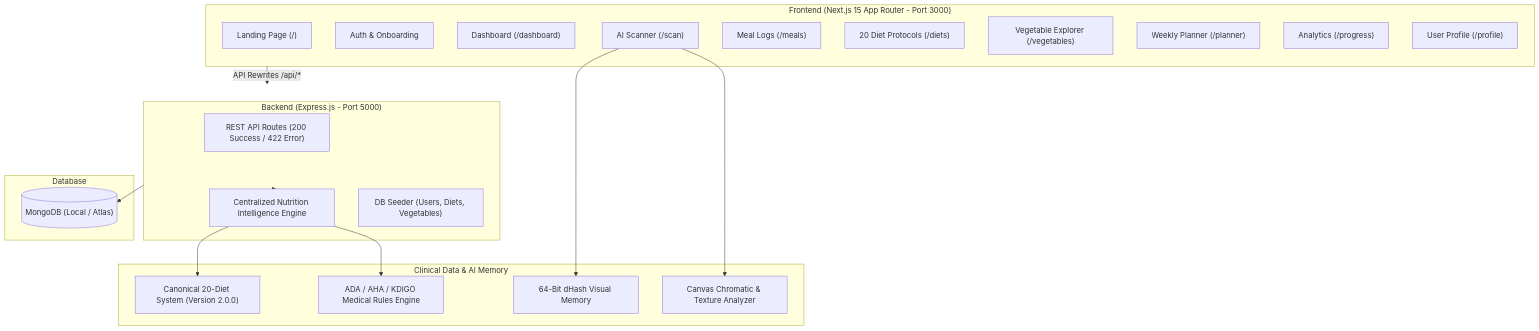
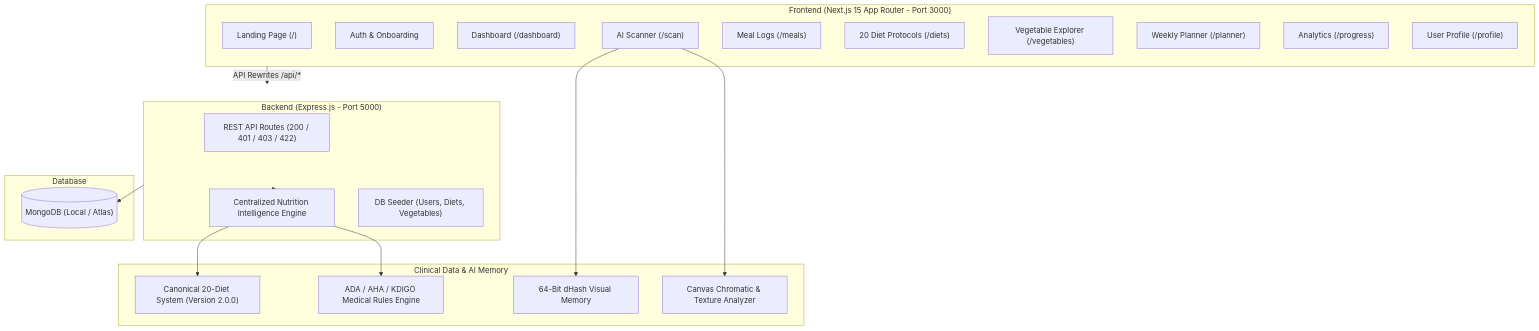
One commit to Nishat009/nutrilens changed the diagram in README.md. Above: the diagram before and after it, drawn with Mermaid. The commit also changed other lines of this file and 61 other files, not shown here.

````diff
--- a/README.md
+++ b/README.md
@@ -16,40 +17,40 @@
 ```mermaid
 graph TB
     subgraph Client ["Frontend (Next.js 15 App Router - Port 3000)"]
         LP["Landing Page (/)"]
         AUTH["Auth & Onboarding"]
         DASH["Dashboard (/dashboard)"]
         SCAN["AI Scanner (/scan)"]
         MEALS["Meal Logs (/meals)"]
         DIETS["20 Diet Protocols (/diets)"]
         VEG["Vegetable Explorer (/vegetables)"]
         PLANNER["Weekly Planner (/planner)"]
         PROGRESS["Analytics (/progress)"]
         PROFILE["User Profile (/profile)"]
     end
 
     subgraph Server ["Backend (Express.js - Port 5000)"]
-        API["REST API Routes (200 Success / 422 Error)"]
+        API["REST API Routes (200 / 401 / 403 / 422)"]
         INTELLIGENCE["Centralized Nutrition Intelligence Engine"]
         SEED["DB Seeder (Users, Diets, Vegetables)"]
     end
 
     subgraph IntelligenceLayer ["Clinical Data & AI Memory"]
         CANONICAL["Canonical 20-Diet System (Version 2.0.0)"]
         MEDICAL["ADA / AHA / KDIGO Medical Rules Engine"]
         DHASH["64-Bit dHash Visual Memory"]
         CHROMATIC["Canvas Chromatic & Texture Analyzer"]
     end
 
     subgraph DB ["Database"]
         MONGO[("MongoDB (Local / Atlas)")]
     end
 
     Client -->|API Rewrites /api/*| Server
     Server --> MONGO
     Server --> INTELLIGENCE
     INTELLIGENCE --> CANONICAL
     INTELLIGENCE --> MEDICAL
     SCAN --> DHASH
     SCAN --> CHROMATIC
 ```
````
